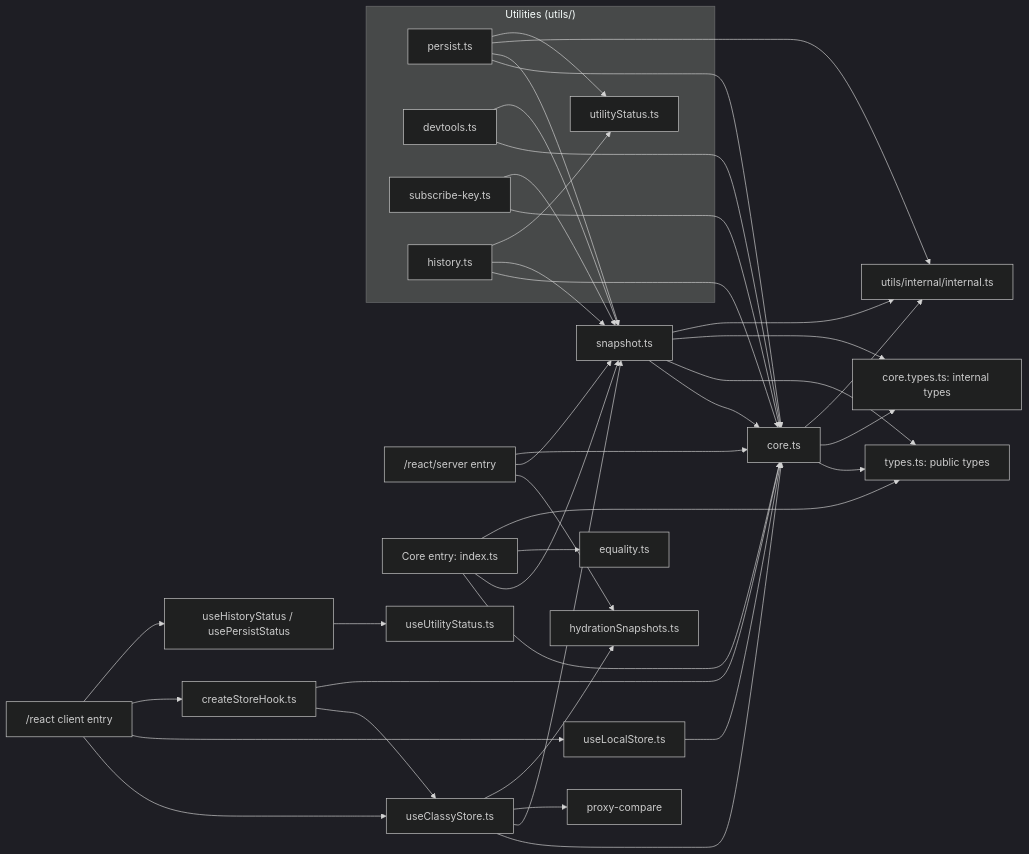
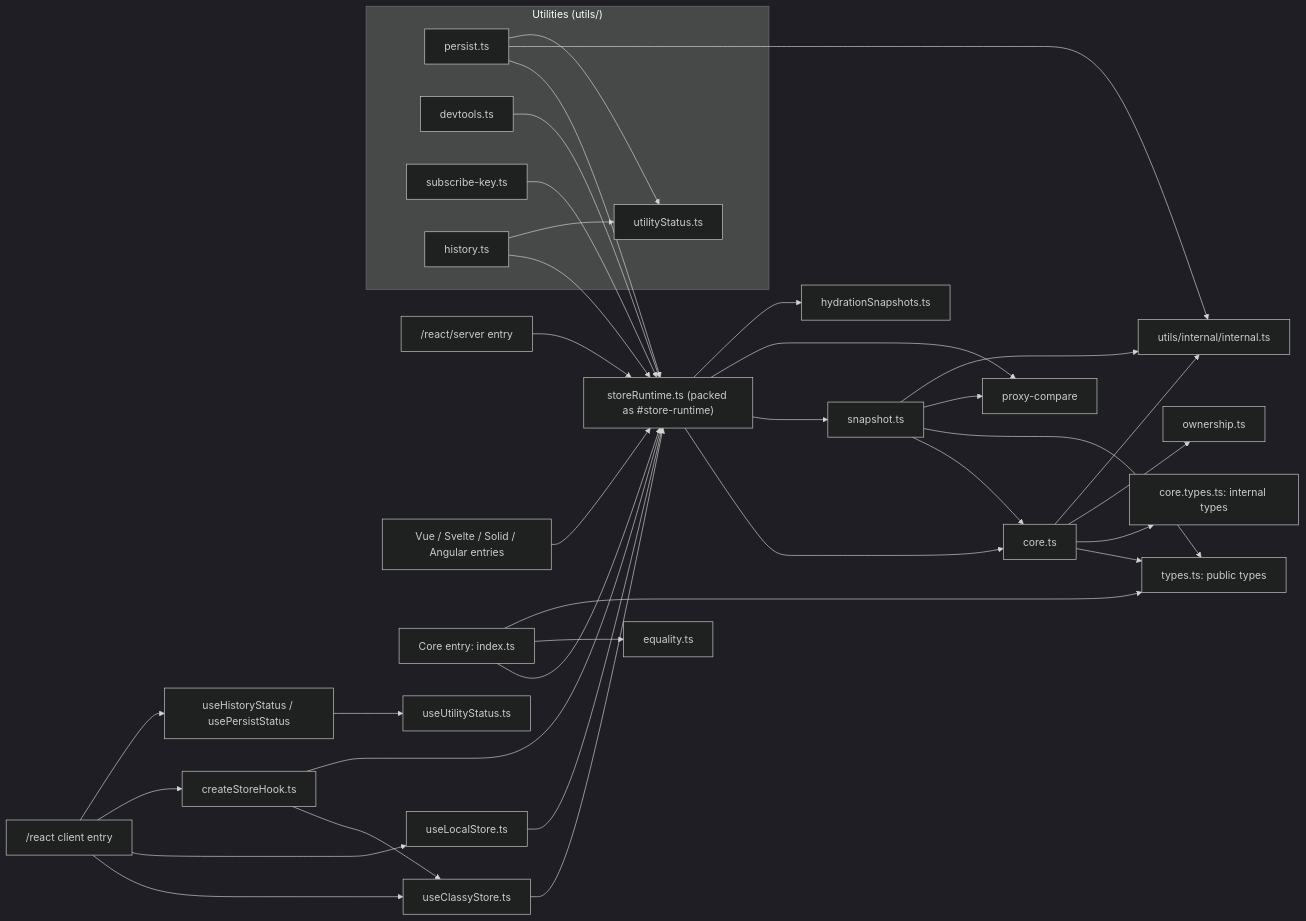
The eighth of 8 diagrams in website/content/docs/ARCHITECTURE.md (codeBelt/classy-store), drawn with Mermaid (dark theme) before and after one commit. The commit also changed other lines of this file and 55 other files, not shown here.

````diff
--- a/website/content/docs/ARCHITECTURE.md
+++ b/website/content/docs/ARCHITECTURE.md
@@ -466,49 +470,45 @@
 ```mermaid
 graph LR
   reactEntry["/react client entry"] --> hook["useClassyStore.ts"]
   reactEntry --> localHook["useLocalStore.ts"]
   reactEntry --> factory["createStoreHook.ts"]
   factory --> hook
-  factory --> core["core.ts"]
-  localHook --> core
-  hook --> core
-  hook --> snapshot["snapshot.ts"]
-  hook --> proxyCompare["proxy-compare"]
-  hook --> hydration["hydrationSnapshots.ts"]
-  serverEntry["/react/server entry"] --> hydration
-  serverEntry --> snapshot
-  serverEntry --> core
+  factory --> runtime["storeRuntime.ts (packed as #store-runtime)"]
+  localHook --> runtime
+  hook --> runtime
+  serverEntry["/react/server entry"] --> runtime
+  adapters["Vue / Svelte / Solid / Angular entries"] --> runtime
+  runtime --> core["core.ts"]
+  runtime --> snapshot["snapshot.ts"]
+  runtime --> proxyCompare["proxy-compare"]
+  runtime --> hydration["hydrationSnapshots.ts"]
   snapshot --> core
   snapshot --> types["types.ts: public types"]
-  snapshot --> coreTypes["core.types.ts: internal types"]
+  snapshot --> proxyCompare
   snapshot --> internal["utils/internal/internal.ts"]
   core --> types
-  core --> coreTypes
+  core --> coreTypes["core.types.ts: internal types"]
+  core --> ownership["ownership.ts"]
   core --> internal
-  index["Core entry: index.ts"] --> core
-  index --> snapshot
+  index["Core entry: index.ts"] --> runtime
   index --> equality["equality.ts"]
   index --> types
 
   subgraph utilities ["Utilities (utils/)"]
     persist["persist.ts"]
     devtools["devtools.ts"]
     subscribeKey["subscribe-key.ts"]
     withHistory["history.ts"]
     status["utilityStatus.ts"]
   end
 
-  persist --> core
-  persist --> snapshot
+  persist --> runtime
   persist --> internal
   persist --> status
-  devtools --> core
-  devtools --> snapshot
-  subscribeKey --> core
-  subscribeKey --> snapshot
-  withHistory --> core
-  withHistory --> snapshot
+  devtools --> runtime
+  subscribeKey --> runtime
+  withHistory --> runtime
   withHistory --> status
   reactEntry --> statusHooks["useHistoryStatus / usePersistStatus"]
   statusHooks --> sharedHook["useUtilityStatus.ts"]
 ```
````
